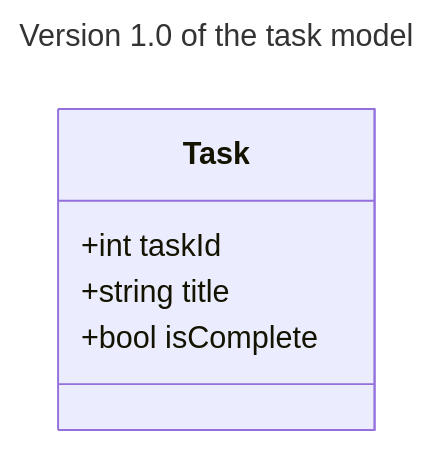
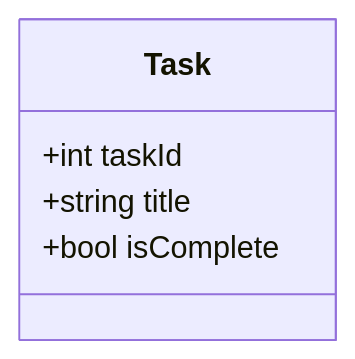
One commit to LarsGJobloop/distributed-systems-restful-apis changed the first of 3 diagrams in README.md. Above: the diagram before and after it, drawn with Mermaid. The commit also changed other lines of this file, not shown here.

````diff
--- a/README.md
+++ b/README.md
@@ -34,10 +50,7 @@
 ```mermaid
----
-title: "Version 1.0 of the task model"
----
  classDiagram
    class Task
    Task : +int taskId
    Task : +string title
    Task : +bool isComplete
 ```
````
